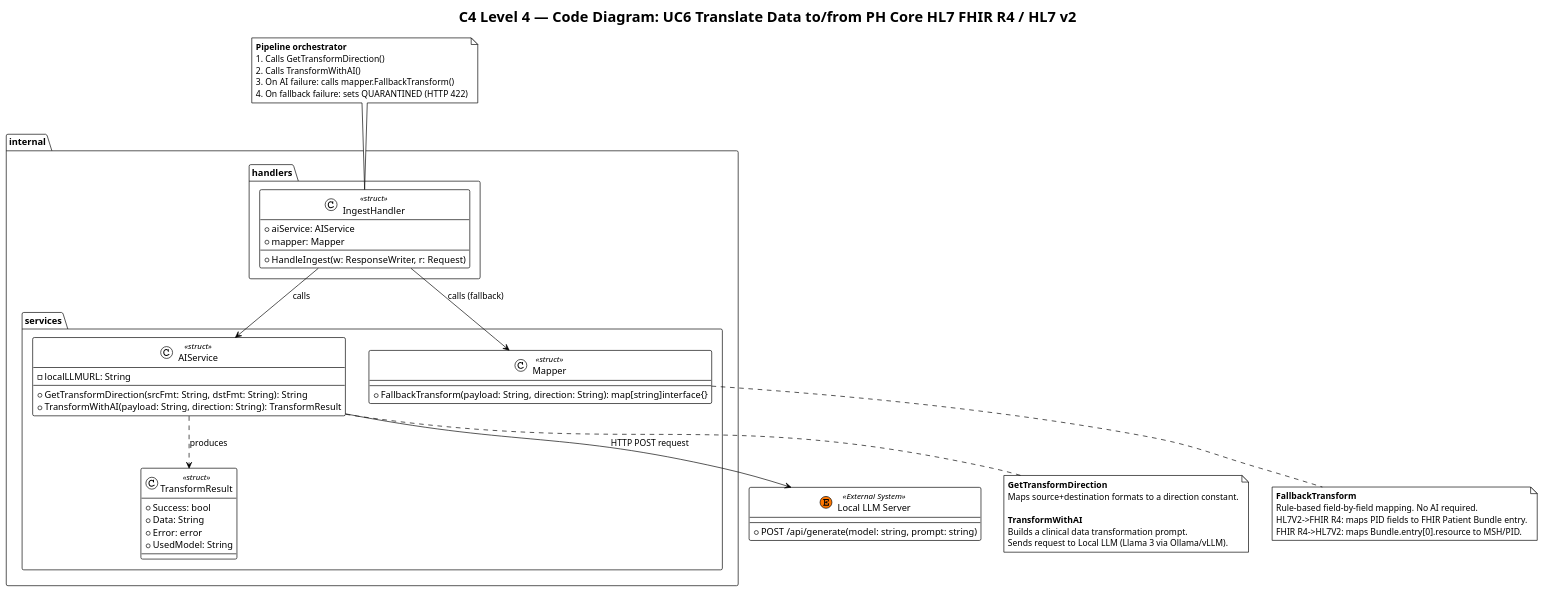
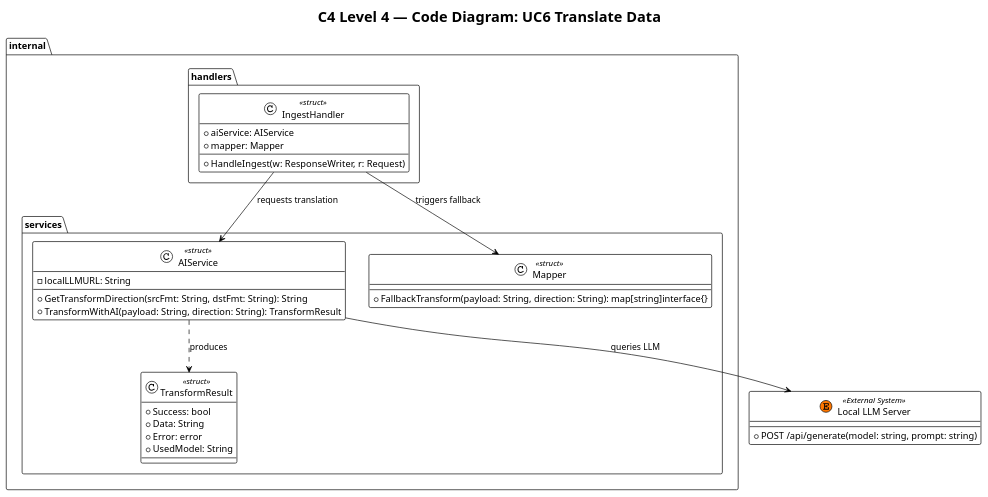
The diagram in diagrams/c4_diagram/code_diagram/uc6_translate_data.puml (Vince0028/WAH4PCE-MERGE-CONFLICT), drawn with PlantUML before and after one commit. The commit also changed 10 other files, not shown here.

```diff
--- a/diagrams/c4_diagram/code_diagram/uc6_translate_data.puml
+++ b/diagrams/c4_diagram/code_diagram/uc6_translate_data.puml
@@ -1,66 +1,41 @@
 @startuml UC6_Translate_Data
 !theme plain
-title C4 Level 4 — Code Diagram: UC6 Translate Data to/from PH Core HL7 FHIR R4 / HL7 v2
+title C4 Level 4 — Code Diagram: UC6 Translate Data
 
 package "internal.handlers" {
     class IngestHandler <<struct>> {
         + aiService: AIService
         + mapper: Mapper
         + HandleIngest(w: ResponseWriter, r: Request)
     }
 }
 
 package "internal.services" {
     class AIService <<struct>> {
         - localLLMURL: String
         + GetTransformDirection(srcFmt: String, dstFmt: String): String
         + TransformWithAI(payload: String, direction: String): TransformResult
     }
 
     class Mapper <<struct>> {
         + FallbackTransform(payload: String, direction: String): map[string]interface{}
     }
     
     class TransformResult <<struct>> {
         + Success: bool
         + Data: String
         + Error: error
         + UsedModel: String
     }
 }
 
 class "Local LLM Server" as LocalLLMServer << (E, #FF7700) External System >> {
     + POST /api/generate(model: string, prompt: string)
 }
 
-IngestHandler --> AIService : calls
-IngestHandler --> Mapper : calls (fallback)
+IngestHandler --> AIService : requests translation
+IngestHandler --> Mapper : triggers fallback
 AIService ..> TransformResult : produces
-AIService --> LocalLLMServer : HTTP POST request
-
-note top of IngestHandler
-  <b>Pipeline orchestrator</b>
-  1. Calls GetTransformDirection()
-  2. Calls TransformWithAI()
-  3. On AI failure: calls mapper.FallbackTransform()
-  4. On fallback failure: sets QUARANTINED (HTTP 422)
-end note
-
-note bottom of AIService
-  <b>GetTransformDirection</b>
-  Maps source+destination formats to a direction constant.
-  'HL7V2' + 'FHIR_R4' -> 'HL7V2_TO_FHIR_R4'
-  
-  <b>TransformWithAI</b>
-  Builds a clinical data transformation prompt.
-  Sends request to Local LLM (Llama 3 via Ollama/vLLM).
-end note
-
-note bottom of Mapper
-  <b>FallbackTransform</b>
-  Rule-based field-by-field mapping. No AI required.
-  HL7V2->FHIR R4: maps PID fields to FHIR Patient Bundle entry.
-  FHIR R4->HL7V2: maps Bundle.entry[0].resource to MSH/PID.
-end note
+AIService --> LocalLLMServer : queries LLM
 
 @enduml
```
